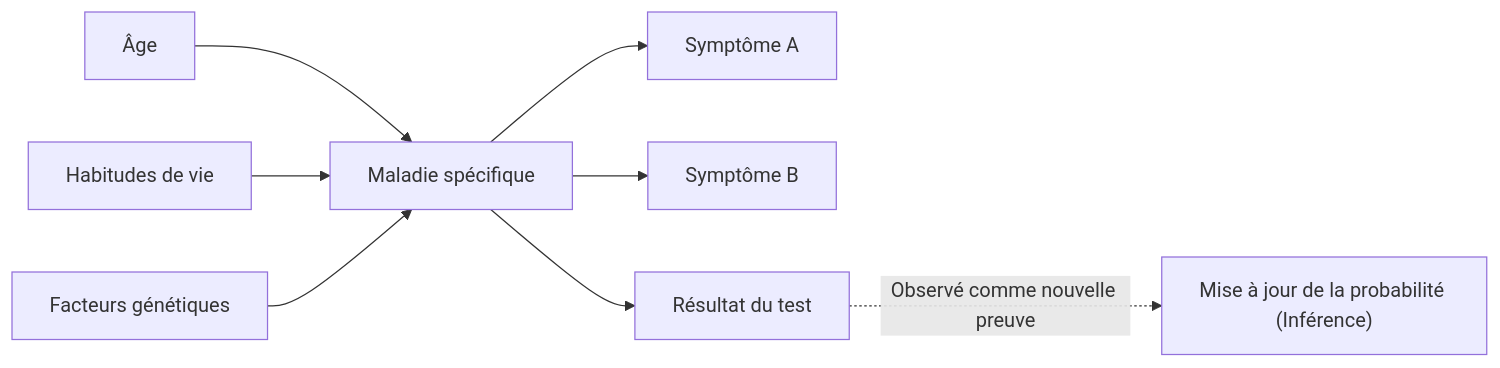
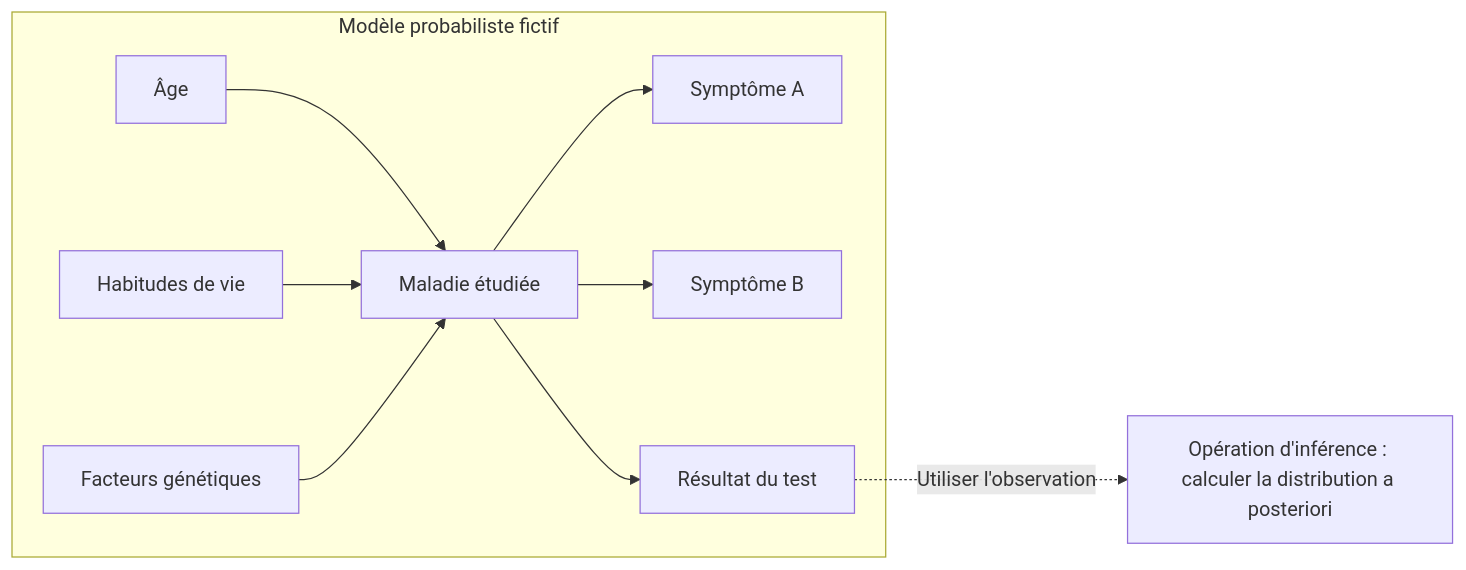
The second of 2 diagrams in content/post/bayes-theorem/index.fr.md (kenjinote/blog), drawn with Mermaid before and after one commit. The commit also changed other lines of this file and 8 other files, not shown here.

````diff
--- a/content/post/bayes-theorem/index.fr.md
+++ b/content/post/bayes-theorem/index.fr.md
@@ -116,12 +161,12 @@
 ```mermaid
 flowchart LR
-    Age["Âge"] --> Disease["Maladie spécifique"]
-    Lifestyle["Habitudes de vie"] --> Disease
-    Genes["Facteurs génétiques"] --> Disease
-    
-    Disease --> SymptomA["Symptôme A"]
-    Disease --> SymptomB["Symptôme B"]
-    Disease --> TestResult["Résultat du test"]
-    
-    TestResult -.->|"Observé comme nouvelle preuve"| Update["Mise à jour de la probabilité (Inférence)"]
+    subgraph Model["Modèle probabiliste fictif"]
+        Age["Âge"] --> Disease["Maladie étudiée"]
+        Lifestyle["Habitudes de vie"] --> Disease
+        Genes["Facteurs génétiques"] --> Disease
+        Disease --> SymptomA["Symptôme A"]
+        Disease --> SymptomB["Symptôme B"]
+        Disease --> TestResult["Résultat du test"]
+    end
+    TestResult -.->|"Utiliser l'observation"| Inference["Opération d'inférence : calculer la distribution a posteriori"]
 ```
````
